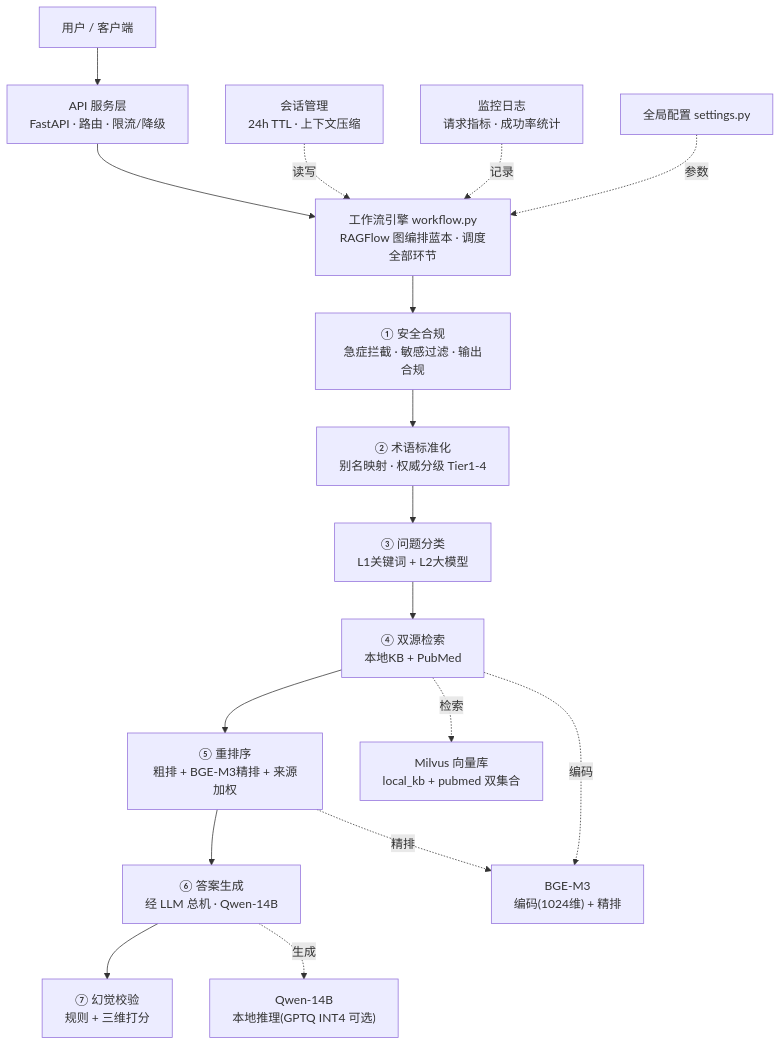
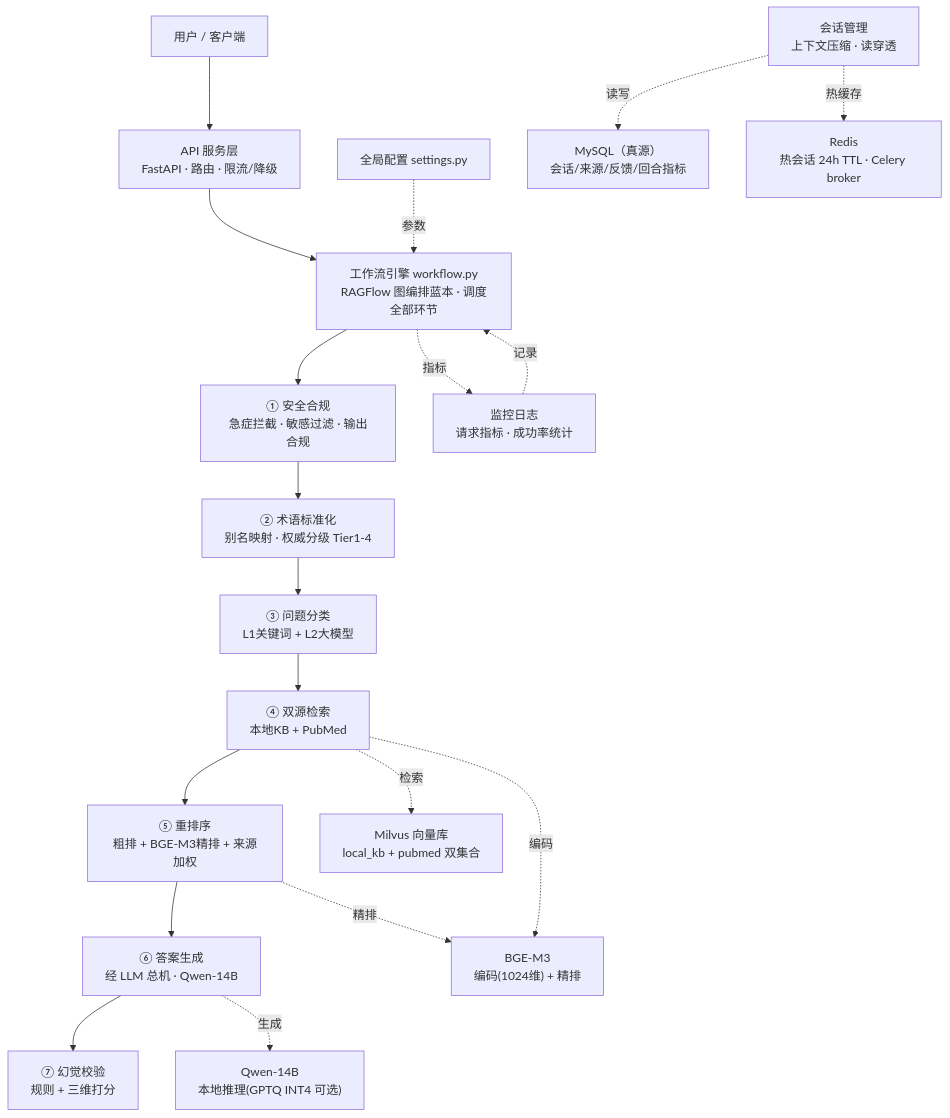
Before and after one commit to shifeng-yu/medical-rag-agent: the diagram in README.md, drawn with Mermaid. The commit also changed other lines of this file and 93 other files, not shown here.

````diff
--- a/README.md
+++ b/README.md
@@ -27,32 +28,36 @@
 ```mermaid
 flowchart TB
     U["用户 / 客户端"] --> API["API 服务层<br/>FastAPI · 路由 · 限流/降级"]
     API --> WF["工作流引擎 workflow.py<br/>RAGFlow 图编排蓝本 · 调度全部环节"]
 
     S1["① 安全合规<br/>急症拦截 · 敏感过滤 · 输出合规"]
     S2["② 术语标准化<br/>别名映射 · 权威分级 Tier1-4"]
     S3["③ 问题分类<br/>L1关键词 + L2大模型"]
     S4["④ 双源检索<br/>本地KB + PubMed"]
     S5["⑤ 重排序<br/>粗排 + BGE-M3精排 + 来源加权"]
     S6["⑥ 答案生成<br/>经 LLM 总机 · Qwen-14B"]
     S7["⑦ 幻觉校验<br/>规则 + 三维打分"]
 
     WF --> S1 --> S2 --> S3 --> S4 --> S5 --> S6 --> S7
 
     MILVUS["Milvus 向量库<br/>local_kb + pubmed 双集合"]
     BGE["BGE-M3<br/>编码(1024维) + 精排"]
     QWEN["Qwen-14B<br/>本地推理(GPTQ INT4 可选)"]
 
     S4 -. 检索 .-> MILVUS
     S4 -. 编码 .-> BGE
     S5 -. 精排 .-> BGE
     S6 -. 生成 .-> QWEN
 
-    SESS["会话管理<br/>24h TTL · 上下文压缩"]
+    SESS["会话管理<br/>上下文压缩 · 读穿透"]
     MON["监控日志<br/>请求指标 · 成功率统计"]
     CFG["全局配置 settings.py"]
+    MYSQL["MySQL（真源）<br/>会话/来源/反馈/回合指标"]
+    REDIS["Redis<br/>热会话 24h TTL · Celery broker"]
 
-    SESS -. 读写 .-> WF
+    SESS -. 读写 .-> MYSQL
+    SESS -. 热缓存 .-> REDIS
+    WF -. 指标 .-> MON
     MON -. 记录 .-> WF
     CFG -. 参数 .-> WF
 ```
````
